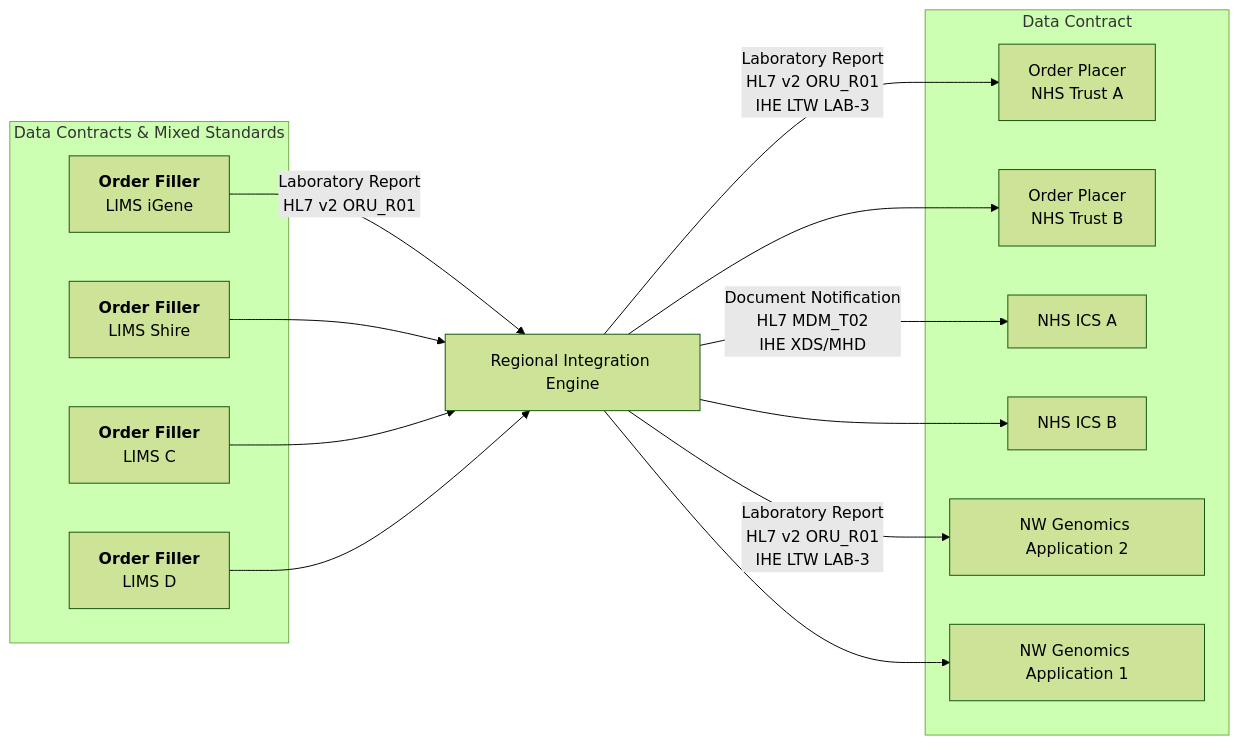
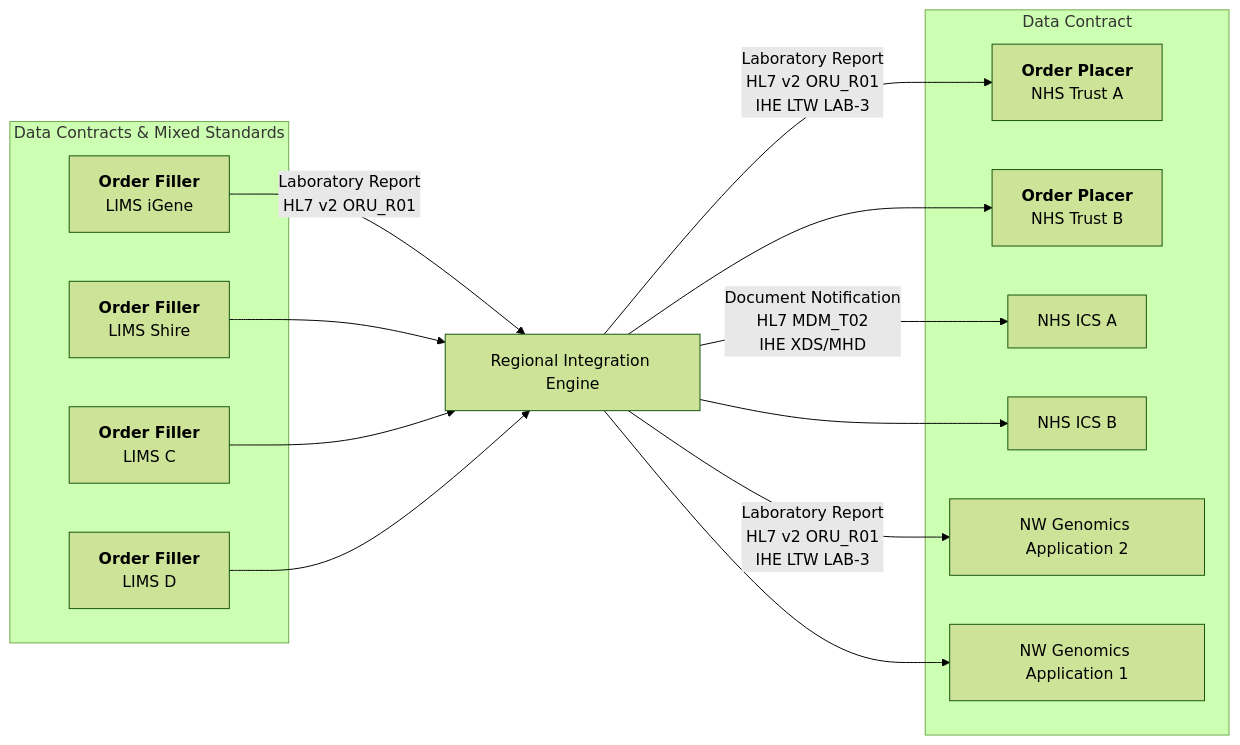
One commit to uk-gov-mirror/nw-gmsa.nw-gmsa.github.com changed the fourth of 4 diagrams in input/pagecontent/index.md. Above: the diagram before and after it, drawn with Mermaid (forest theme).

Commit message:
Added lab order diagram

````diff
--- a/input/pagecontent/index.md
+++ b/input/pagecontent/index.md
@@ -68,28 +68,28 @@
 ```mermaid
 graph LR
     subgraph Multiple[Data Contracts & Mixed Standards]
         LIMSA[<b>Order Filler</b><br>LIMS iGene]
         LIMSB[<b>Order Filler</b><br>LIMS Shire]
         LIMSC[<b>Order Filler</b><br>LIMS C]
         LIMSD[<b>Order Filler</b><br>LIMS D]
     end
     LIMSA --> |Laboratory Report<br/>HL7 v2 ORU_R01| RIE
     LIMSB --> RIE
     LIMSC --> RIE
     LIMSD --> RIE
     RIE[Regional Integration Engine] --> |Laboratory Report<br/>HL7 v2 ORU_R01<br/>IHE LTW LAB-3| NHSA
     RIE --> NHSB
     RIE --> |Document Notification<br/>HL7 MDM_T02<br/>IHE XDS/MHD| ICSA
     RIE --> ICSB
     RIE --> |Laboratory Report<br/>HL7 v2 ORU_R01<br/>IHE LTW LAB-3| APPB
     RIE --> APPA
 
     subgraph DataContracts[Data Contract]
-        NHSA[Order Placer<br/>NHS Trust A]
-        NHSB[Order Placer<br/>NHS Trust B] 
+        NHSA[<b>Order Placer</b><br/>NHS Trust A]
+        NHSB[<b>Order Placer</b><br/>NHS Trust B] 
         ICSA[NHS ICS A]
         ICSB[NHS ICS B]
         APPA[NW Genomics Application 1]
         APPB[NW Genomics Application 2]
     end 
 ```
````
